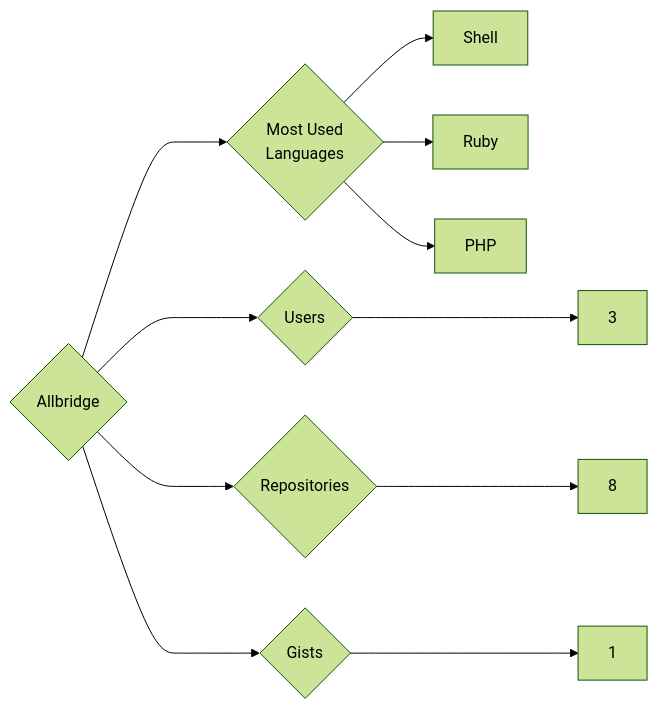
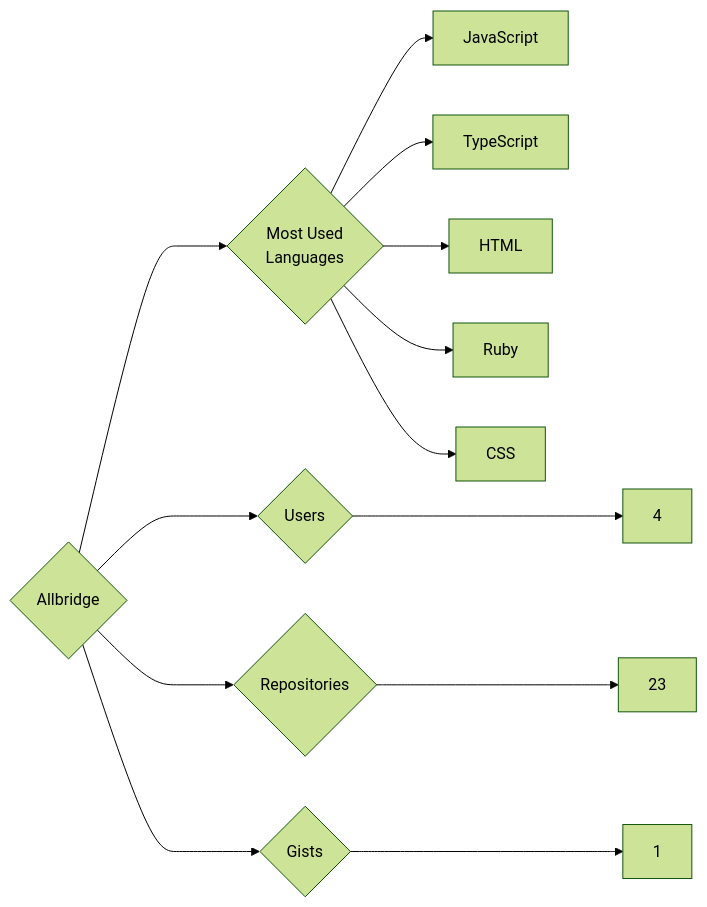
One commit to trickest/insiders changed the diagram in targets/Allbridge/README.md. Above: the diagram before and after it, drawn with Mermaid (forest theme). The commit also changed 1023 other files, not shown here.

````diff
--- a/targets/Allbridge/README.md
+++ b/targets/Allbridge/README.md
@@ -3,11 +3,13 @@
 ```mermaid
 graph LR
 COMPANY_NAME{Allbridge}
-COMPANY_NAME ---> U{Users} ---> UN[3]
-COMPANY_NAME ---> R{Repositories} ---> RN[8]
+COMPANY_NAME ---> U{Users} ---> UN[4]
+COMPANY_NAME ---> R{Repositories} ---> RN[23]
 COMPANY_NAME ---> G{Gists} ---> GN[1]
 COMPANY_NAME ---> ML{Most Used<br>Languages}
-ML --> Shell[Shell]
+ML --> JavaScript[JavaScript]
+ML --> TypeScript[TypeScript]
+ML --> HTML[HTML]
 ML --> Ruby[Ruby]
-ML --> PHP[PHP]
+ML --> CSS[CSS]
 ```
````
